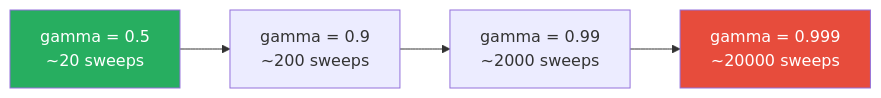
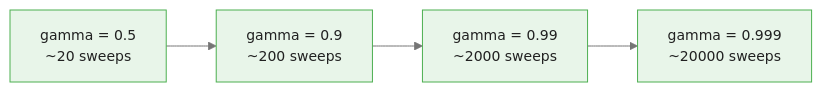
One commit to m-deane/course-creator changed the fourth of 6 diagrams in courses/reinforcement-learning/modules/module_01_dynamic_programming/guides/03_value_iteration_slides.md. Above: the diagram before and after it, drawn with Mermaid. The commit also changed other lines of this file and 131 other files, not shown here.

````diff
--- a/courses/reinforcement-learning/modules/module_01_dynamic_programming/guides/03_value_iteration_slides.md
+++ b/courses/reinforcement-learning/modules/module_01_dynamic_programming/guides/03_value_iteration_slides.md
@@ -252,8 +267,7 @@
 ```mermaid
+%%{init: {"theme": "base", "themeVariables": {"primaryColor": "#e8f5e9", "primaryBorderColor": "#4caf50", "primaryTextColor": "#212121", "secondaryColor": "#e3f2fd", "tertiaryColor": "#fff8e1", "lineColor": "#757575", "fontFamily": "Inter, sans-serif", "fontSize": "14px"}}}%%
 flowchart LR
     G1["gamma = 0.5\n~20 sweeps"] --> G2["gamma = 0.9\n~200 sweeps"]
     G2 --> G3["gamma = 0.99\n~2000 sweeps"]
     G3 --> G4["gamma = 0.999\n~20000 sweeps"]
-    style G1 fill:#27ae60,color:#fff
-    style G4 fill:#e74c3c,color:#fff
 ```
````
